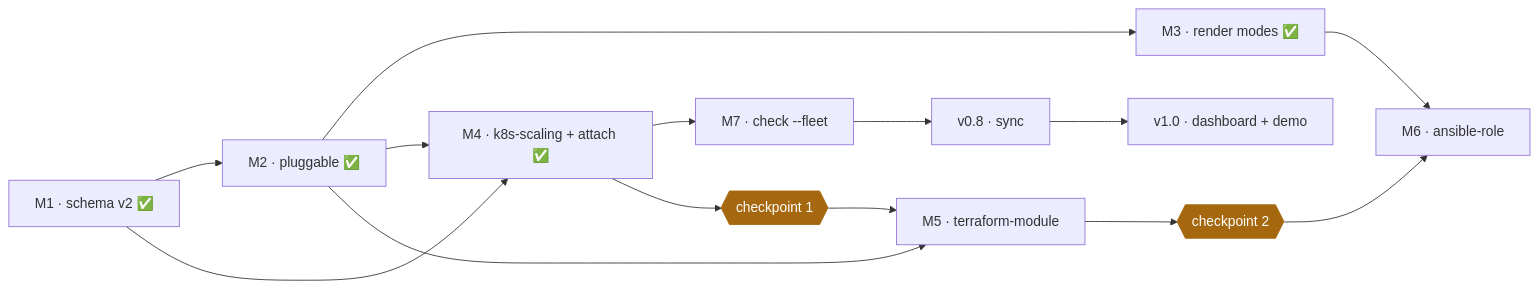
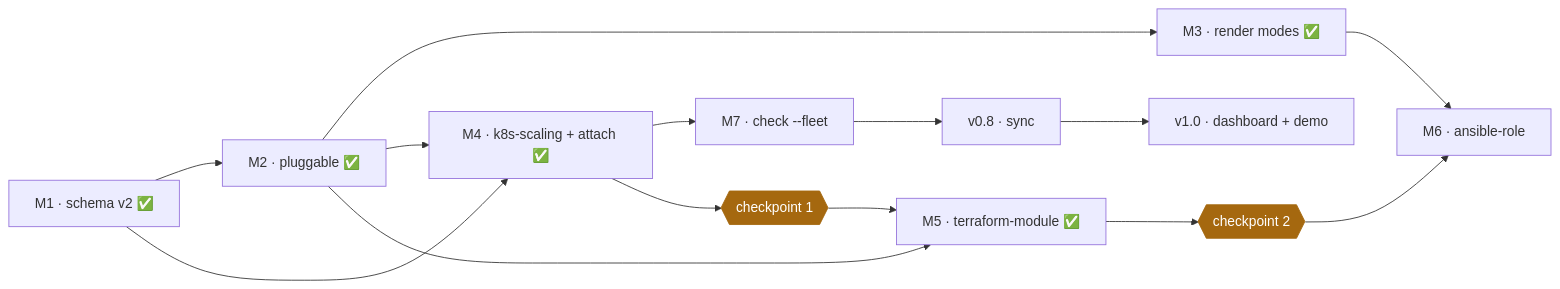
One commit to sameeralam3127/ansari changed the diagram in docs/roadmap.md. Above: the diagram before and after it, drawn with Mermaid. The commit also changed other lines of this file and 20 other files, not shown here.

First line of the commit message:
Add terraform-module template (#30)

````diff
--- a/docs/roadmap.md
+++ b/docs/roadmap.md
@@ -23,19 +23,19 @@
 ```mermaid
 flowchart LR
     M1[M1 · schema v2 ✅] --> M2[M2 · pluggable ✅]
     M2 --> M3[M3 · render modes ✅]
     M1 --> M4[M4 · k8s-scaling + attach ✅]
     M2 --> M4
-    M2 --> M5[M5 · terraform-module]
+    M2 --> M5[M5 · terraform-module ✅]
     M3 --> M6[M6 · ansible-role]
     M4 --> M7[M7 · check --fleet]
     M7 --> S[v0.8 · sync]
     S --> D[v1.0 · dashboard + demo]
 
     CP1{{checkpoint 1}}:::cp
     CP2{{checkpoint 2}}:::cp
     M4 --> CP1 --> M5
     M5 --> CP2 --> M6
 
     classDef cp fill:#a5680f,stroke:#a5680f,color:#fff
 ```
````
